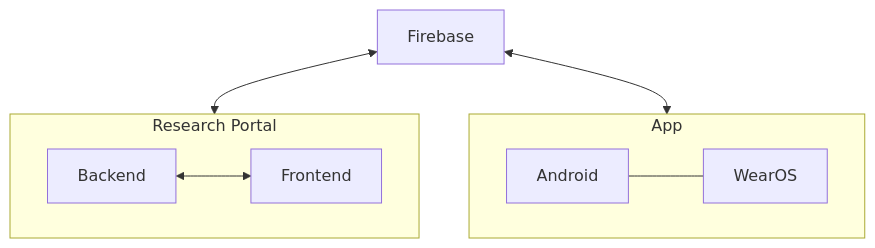
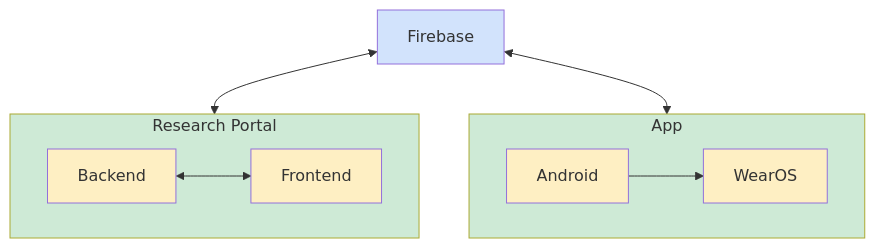
One commit to Australian-Future-Hearing-Initiative/prism-docs changed the diagram in guide/developer.qmd. Above: the diagram before and after it, drawn with Mermaid. The commit also changed other lines of this file and 5 other files, not shown here.

````diff
--- a/guide/developer.qmd
+++ b/guide/developer.qmd
@@ -18,19 +18,28 @@
 ```{mermaid}
 flowchart TD
 	n1@{ label: "Firebase" }
     
 	subgraph s1["Research Portal"]
 		n2@{ label: "Backend" }
-        n3@{ label: "Frontend" }
+    n3@{ label: "Frontend" }
+    n2 <--> n3
 	end
 
     subgraph s2["App"]
 		n4@{ label: "Android" }
-        n5@{ label: "WearOS" }
+    n5@{ label: "WearOS" }
+    n4 --> n5
 	end
     
 	n1 <--> s1
-    n1 <--> s2
-    n2 <--> n3
-    n4 --- n5
+  n1 <--> s2
+  
+  style n1 fill:#D2E3FC
+  style s1 fill:#CEEAD6
+  style s2 fill:#CEEAD6
+  style n2 fill:#FEEFC3
+  style n3 fill:#FEEFC3
+  style n4 fill:#FEEFC3
+  style n5 fill:#FEEFC3
+  
 ```
````
